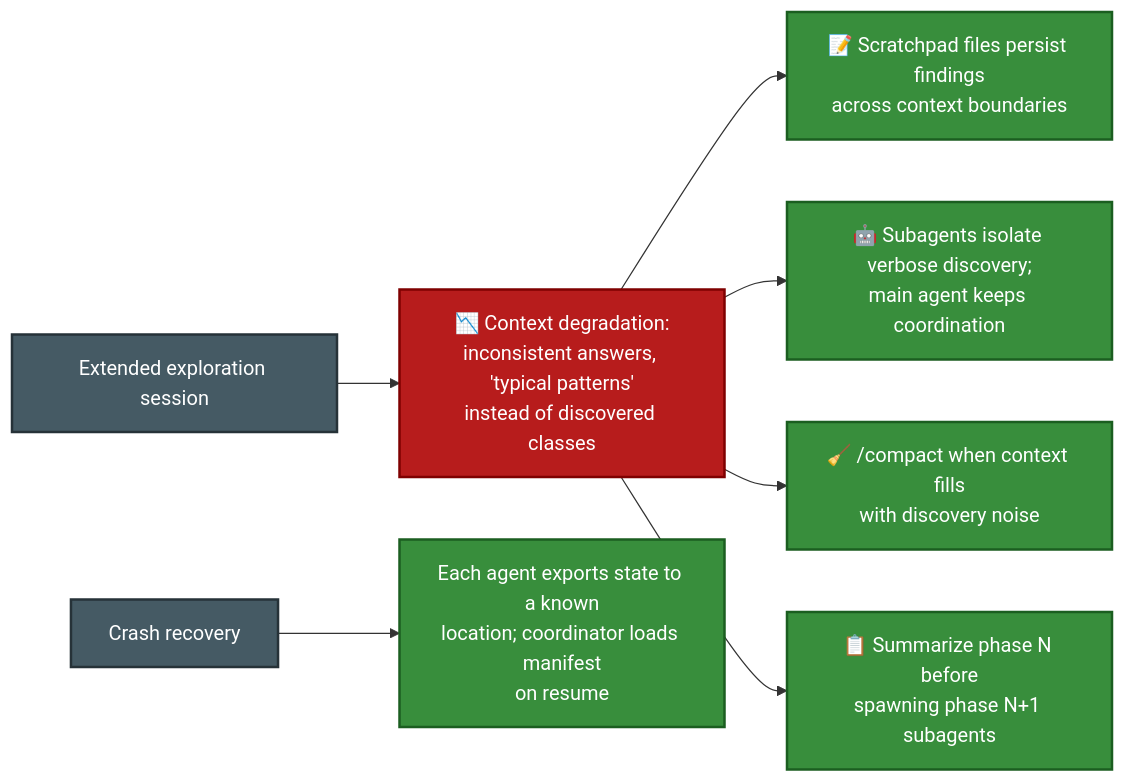
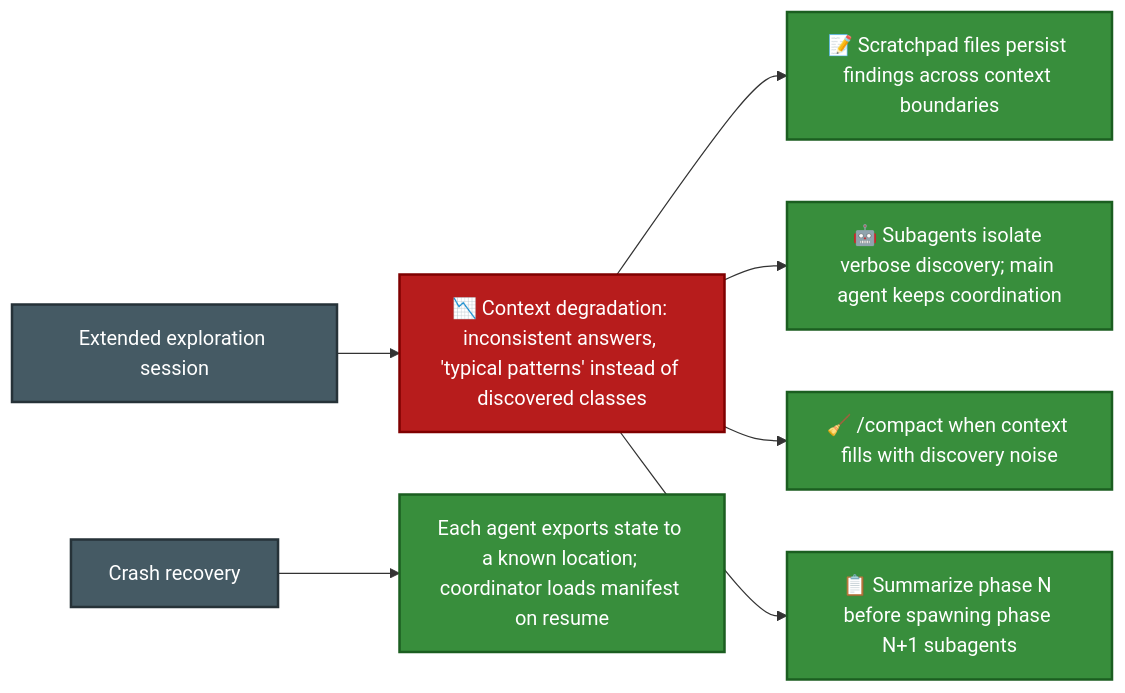
Before and after one commit to parmar-m/claude-architect-certification-prep: the third of 5 diagrams in CCA-F/domains/d5-context-reliability.md, drawn with Mermaid. The commit also changed other lines of this file and 25 other files, not shown here.

````diff
--- a/CCA-F/domains/d5-context-reliability.md
+++ b/CCA-F/domains/d5-context-reliability.md
@@ -93,15 +93,15 @@
 ```mermaid
 flowchart LR
-    LONG["Extended exploration session"] --> DEG["📉 Context degradation:<br/>inconsistent answers, 'typical patterns'<br/>instead of discovered classes"]
-    DEG --> S1["📝 Scratchpad files persist findings<br/>across context boundaries"]
-    DEG --> S2["🤖 Subagents isolate verbose discovery;<br/>main agent keeps coordination"]
-    DEG --> S3["🧹 /compact when context fills<br/>with discovery noise"]
-    DEG --> S4["📋 Summarize phase N before<br/>spawning phase N+1 subagents"]
-    CRASH["Crash recovery"] --> M["Each agent exports state to a known<br/>location; coordinator loads manifest<br/>on resume"]
+    LONG["Extended exploration session"] --> DEG["📉 Context degradation: inconsistent answers, 'typical patterns' instead of discovered classes"]
+    DEG --> S1["📝 Scratchpad files persist findings across context boundaries"]
+    DEG --> S2["🤖 Subagents isolate verbose discovery; main agent keeps coordination"]
+    DEG --> S3["🧹 /compact when context fills with discovery noise"]
+    DEG --> S4["📋 Summarize phase N before spawning phase N+1 subagents"]
+    CRASH["Crash recovery"] --> M["Each agent exports state to a known location; coordinator loads manifest on resume"]
     classDef bad fill:#B71C1C,color:#fff,stroke:#7F0000,stroke-width:2px
     classDef fix fill:#388E3C,color:#fff,stroke:#1B5E20,stroke-width:2px
     classDef n fill:#455A64,color:#fff,stroke:#263238,stroke-width:2px
     class DEG bad
     class S1,S2,S3,S4,M fix
     class LONG,CRASH n
 ```
````
